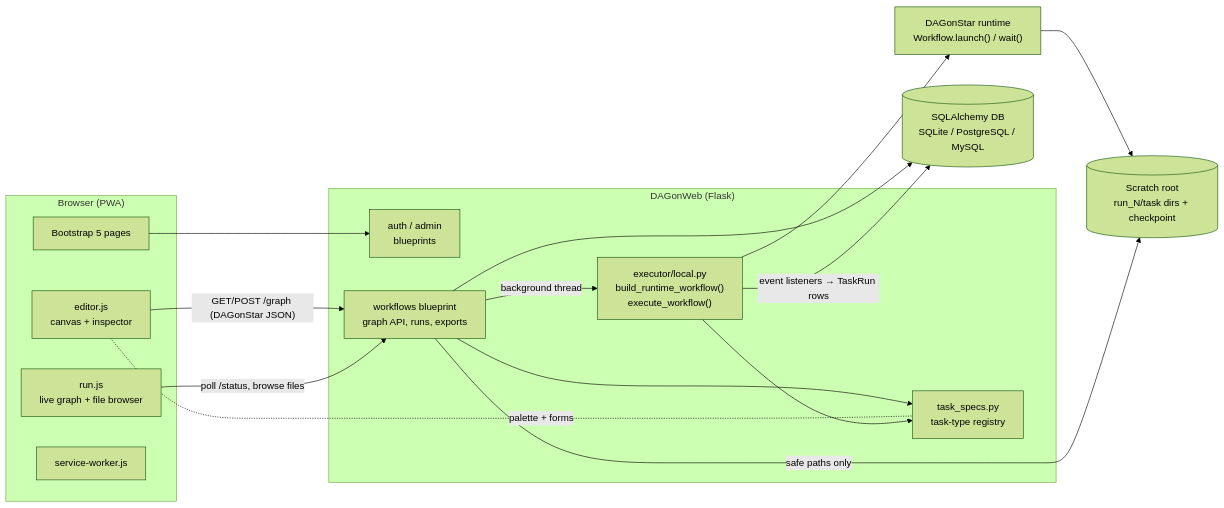
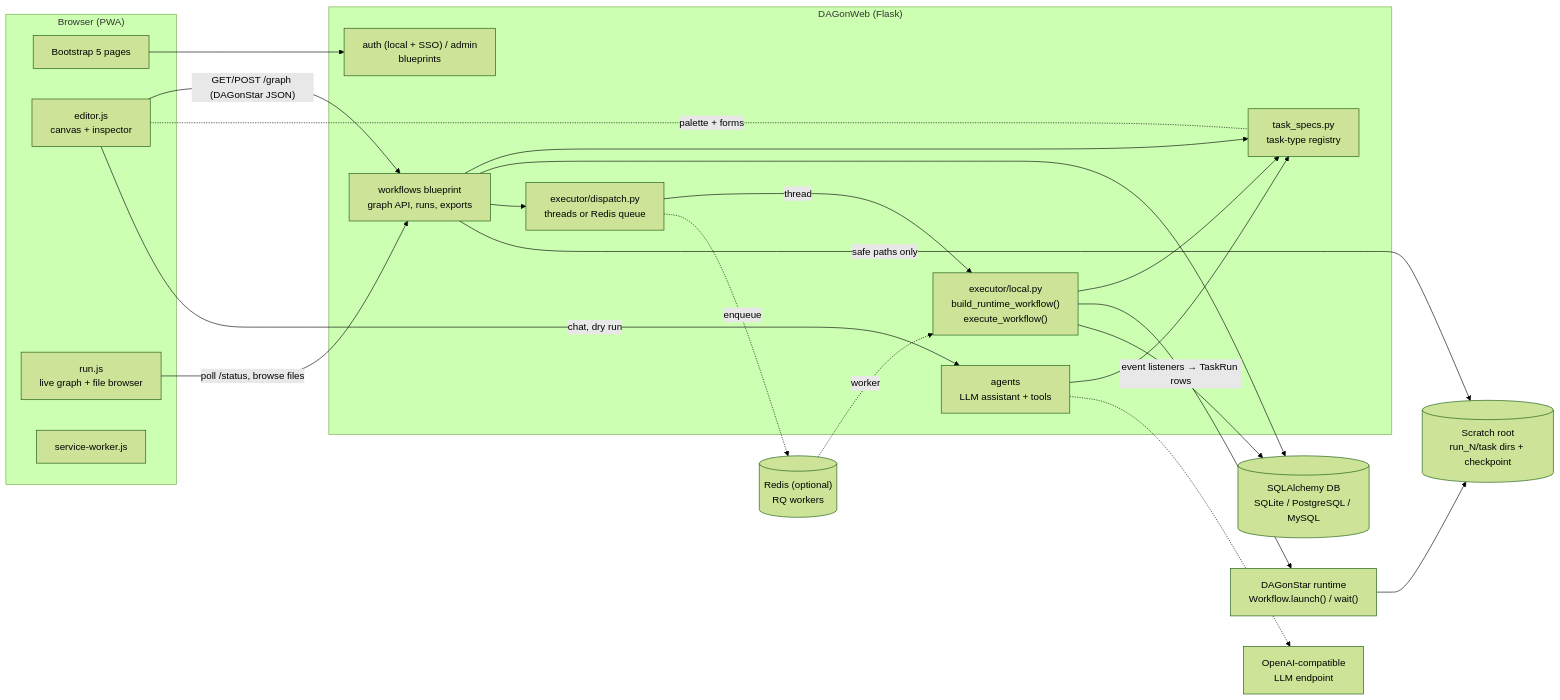
One commit to DagOnStar/DAGonWeb changed the first of 4 diagrams in README.md. Above: the diagram before and after it, drawn with Mermaid (forest theme). The commit also changed other lines of this file and 82 other files, not shown here.

````diff
--- a/README.md
+++ b/README.md
@@ -59,31 +63,41 @@
 ```mermaid
 flowchart LR
     subgraph Browser["Browser (PWA)"]
         UI["Bootstrap 5 pages"]
         ED["editor.js<br/>canvas + inspector"]
         RJ["run.js<br/>live graph + file browser"]
         SW["service-worker.js"]
     end
     subgraph Flask["DAGonWeb (Flask)"]
-        AUTH["auth / admin<br/>blueprints"]
+        AUTH["auth (local + SSO) / admin<br/>blueprints"]
+        AG["agents<br/>LLM assistant + tools"]
         WF["workflows blueprint<br/>graph API, runs, exports"]
         SPEC["task_specs.py<br/>task-type registry"]
+        DISP["executor/dispatch.py<br/>threads or Redis queue"]
         EXE["executor/local.py<br/>build_runtime_workflow()<br/>execute_workflow()"]
     end
+    RQ[("Redis (optional)<br/>RQ workers")]
+    LLM["OpenAI-compatible<br/>LLM endpoint"]
     DB[("SQLAlchemy DB<br/>SQLite / PostgreSQL / MySQL")]
     DS["DAGonStar runtime<br/>Workflow.launch() / wait()"]
     SCR[("Scratch root<br/>run_N/task dirs + checkpoint")]
 
     UI --> AUTH
     ED -- "GET/POST /graph (DAGonStar JSON)" --> WF
     RJ -- "poll /status, browse files" --> WF
     WF --> SPEC
     ED -. "palette + forms" .- SPEC
     WF --> DB
-    WF -- "background thread" --> EXE
+    WF --> DISP
+    DISP -- "thread" --> EXE
+    DISP -. "enqueue" .-> RQ
+    RQ -. "worker" .-> EXE
+    ED -- "chat, dry run" --> AG
+    AG --> SPEC
+    AG -.-> LLM
     EXE --> SPEC
     EXE --> DS
     EXE -- "event listeners → TaskRun rows" --> DB
     DS --> SCR
     WF -- "safe paths only" --> SCR
 ```
````
